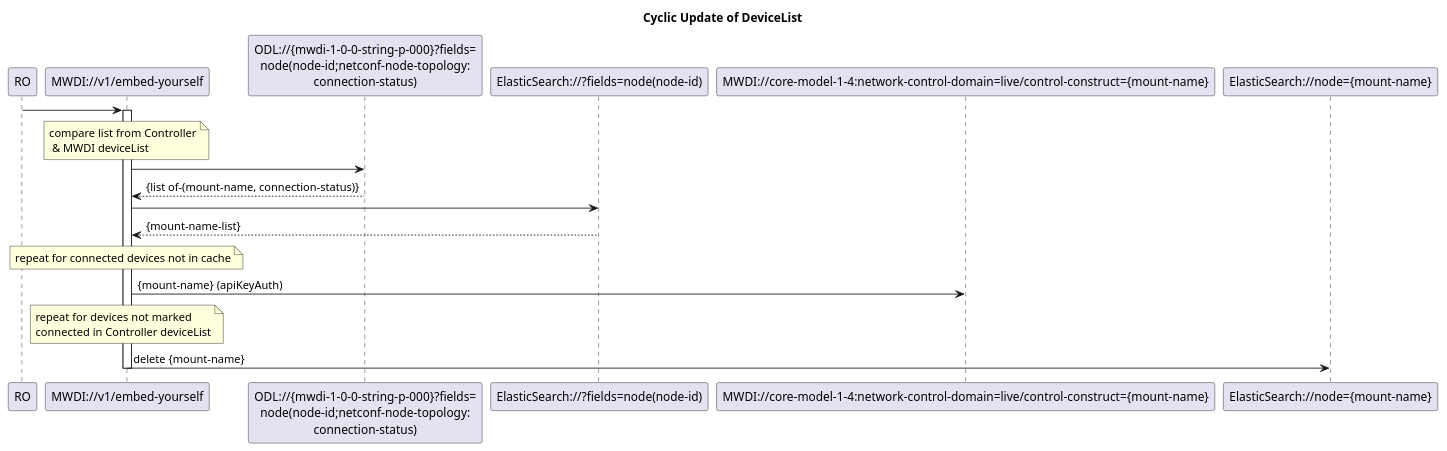
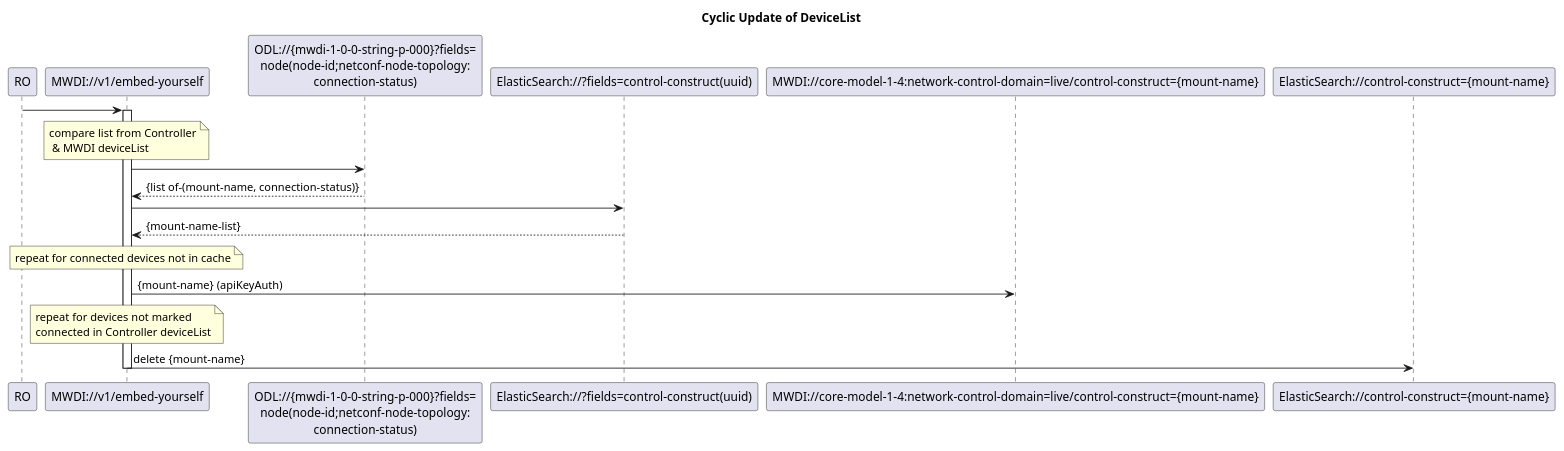
Before and after one commit to openBackhaul/MicroWaveDeviceInventory: the diagram in spec/diagrams/00x_CyclicOperationBasedDeviceListSync.plantuml, drawn with PlantUML. The commit also changed 1 other file, not shown here.

Commit message:
diagram updated

```diff
--- a/spec/diagrams/00x_CyclicOperationBasedDeviceListSync.plantuml
+++ b/spec/diagrams/00x_CyclicOperationBasedDeviceListSync.plantuml
@@ -1,32 +1,32 @@
 @startuml 00x_CyclicOperationBasedDeviceListSync
 skinparam responseMessageBelowArrow true
 
 title  Cyclic Update of DeviceList
 
 participant "RO" as ro
 participant "MWDI://v1/embed-yourself" as mwdi
 participant "ODL://{mwdi-1-0-0-string-p-000}?fields=\nnode(node-id;netconf-node-topology:\nconnection-status)" as odlConnectionStatus
-participant "ElasticSearch://?fields=node(node-id)" as ConnectedDeviceList
+participant "ElasticSearch://?fields=control-construct(uuid)" as ConnectedDeviceList
 participant "MWDI://core-model-1-4:network-control-domain=live/control-construct={mount-name}" as ControlConstruct
-participant "ElasticSearch://node={mount-name}" as es
+participant "ElasticSearch://control-construct={mount-name}" as es
 
 ro -> mwdi
 activate mwdi
 
 note over mwdi: compare list from Controller\n & MWDI deviceList
 'get deviceList from Controller
 mwdi -> odlConnectionStatus
 odlConnectionStatus --> mwdi: {list of-(mount-name, connection-status)}
 
 'get MWDI deviceList from ElasticSearch
 mwdi -> ConnectedDeviceList
 ConnectedDeviceList --> mwdi: {mount-name-list}
 
 note over mwdi: repeat for connected devices not in cache
 mwdi -> ControlConstruct: {mount-name} (apiKeyAuth)
 
 note over mwdi: repeat for devices not marked \nconnected in Controller deviceList
 mwdi -> es: delete {mount-name}
 deactivate mwdi
 
 @enduml
```
